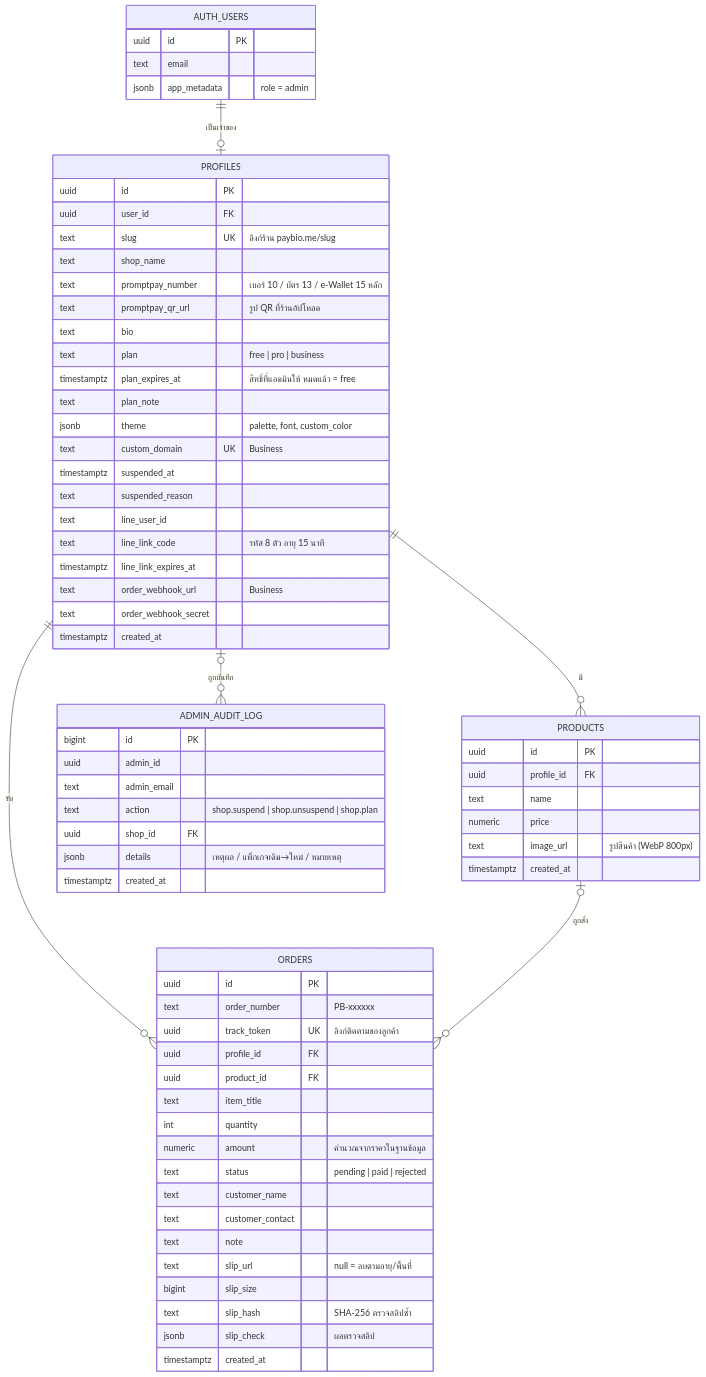
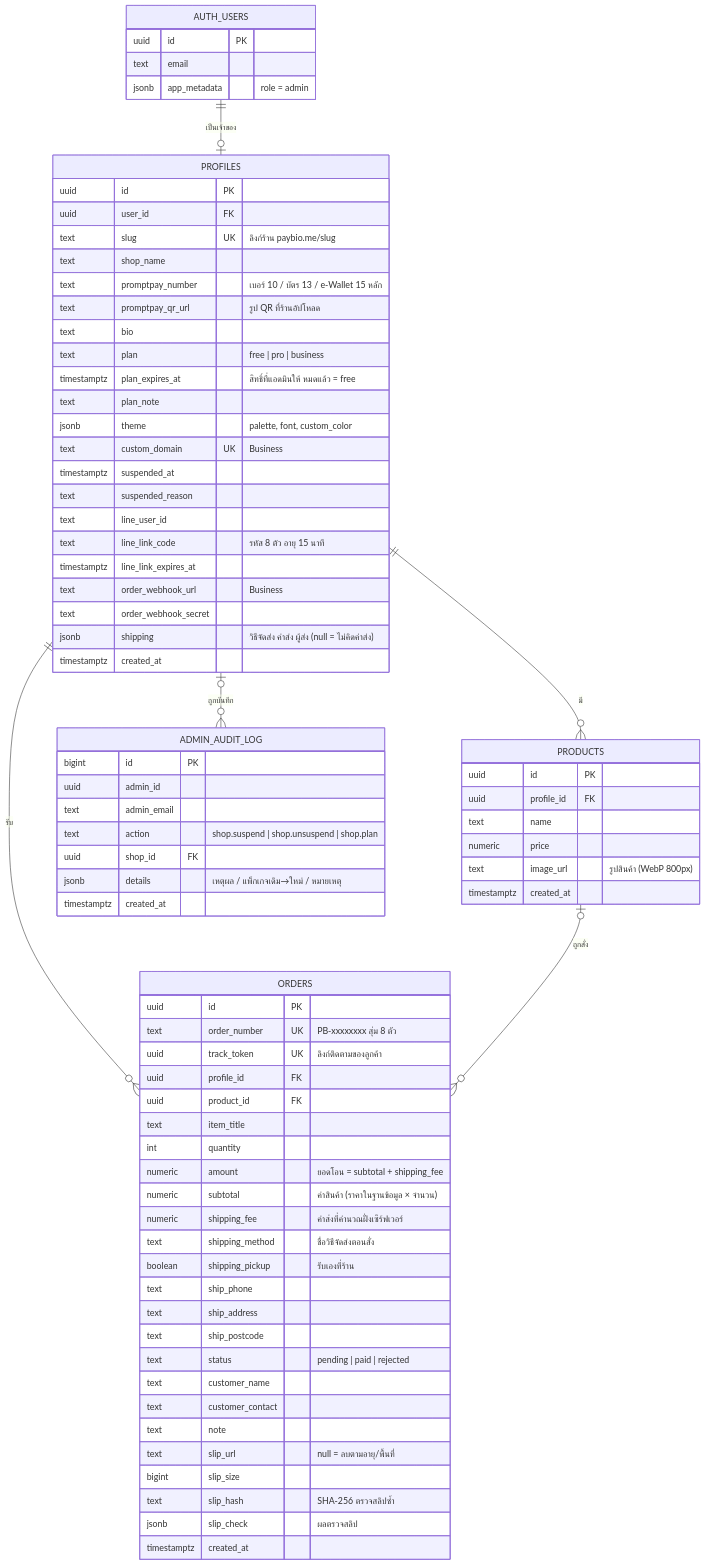
Before and after one commit to Suchanan0411/paybio: the second of 4 diagrams in docs/ARCHITECTURE.md, drawn with Mermaid. The commit also changed other lines of this file and 21 other files, not shown here.

First line of the commit message:
Add shop shipping fees, labels and bulk tracking; random order numbers

```diff
--- a/docs/ARCHITECTURE.md
+++ b/docs/ARCHITECTURE.md
@@ -94,6 +94,7 @@
     timestamptz line_link_expires_at
     text order_webhook_url "Business"
     text order_webhook_secret
+    jsonb shipping "วิธีจัดส่ง ค่าส่ง ผู้ส่ง (null = ไม่คิดค่าส่ง)"
     timestamptz created_at
   }
 
@@ -108,13 +109,20 @@
 
   ORDERS {
     uuid id PK
-    text order_number "PB-xxxxxx"
+    text order_number UK "PB-xxxxxxxx สุ่ม 8 ตัว"
     uuid track_token UK "ลิงก์ติดตามของลูกค้า"
     uuid profile_id FK
     uuid product_id FK
     text item_title
     int quantity
-    numeric amount "คำนวณจากราคาในฐานข้อมูล"
+    numeric amount "ยอดโอน = subtotal + shipping_fee"
+    numeric subtotal "ค่าสินค้า (ราคาในฐานข้อมูล × จำนวน)"
+    numeric shipping_fee "ค่าส่งที่คำนวณฝั่งเซิร์ฟเวอร์"
+    text shipping_method "ชื่อวิธีจัดส่งตอนสั่ง"
+    boolean shipping_pickup "รับเองที่ร้าน"
+    text ship_phone
+    text ship_address
+    text ship_postcode
     text status "pending | paid | rejected"
     text customer_name
     text customer_contact
```
